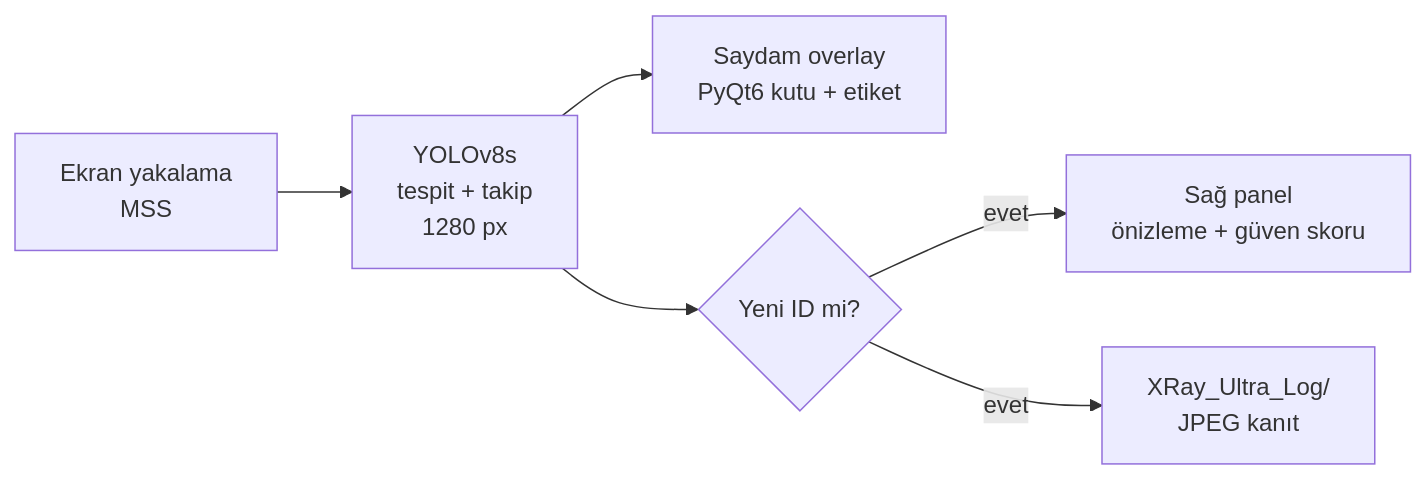
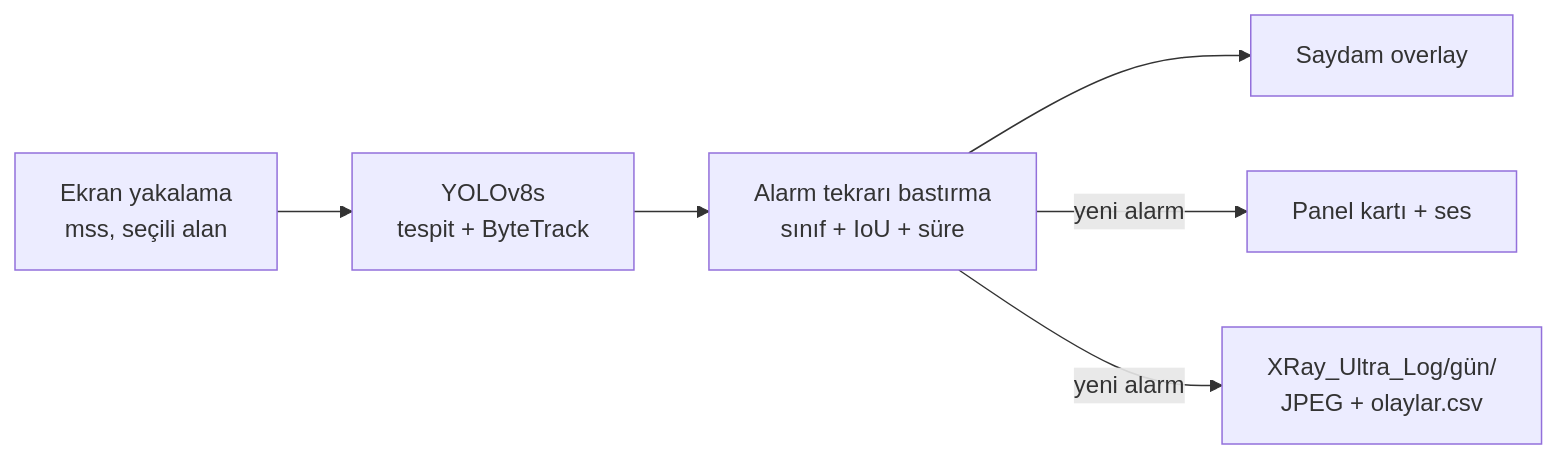
Before and after one commit to rose-omer/x-ray-police: the diagram in README.md, drawn with Mermaid. The commit also changed other lines of this file and 20 other files, not shown here.

````diff
--- a/README.md
+++ b/README.md
@@ -43,8 +36,8 @@
 ```mermaid
 flowchart LR
-    A[Ekran yakalama<br/>MSS] --> B[YOLOv8s<br/>tespit + takip<br/>1280 px]
-    B --> C[Saydam overlay<br/>PyQt6 kutu + etiket]
-    B --> D{Yeni ID mi?}
-    D -- evet --> E[Sağ panel<br/>önizleme + güven skoru]
-    D -- evet --> F[XRay_Ultra_Log/<br/>JPEG kanıt]
+    A[Ekran yakalama<br/>mss, seçili alan] --> B[YOLOv8s<br/>tespit + ByteTrack]
+    B --> C[Alarm tekrarı bastırma<br/>sınıf + IoU + süre]
+    C --> D[Saydam overlay]
+    C -- yeni alarm --> E[Panel kartı + ses]
+    C -- yeni alarm --> F[XRay_Ultra_Log/gün/<br/>JPEG + olaylar.csv]
 ```
````
